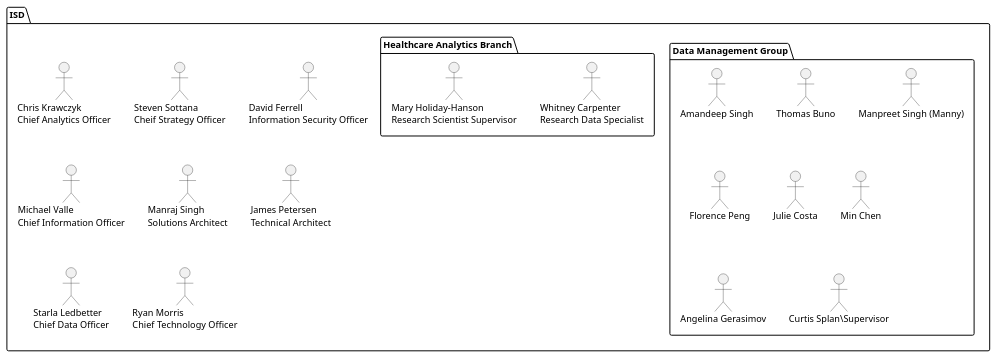
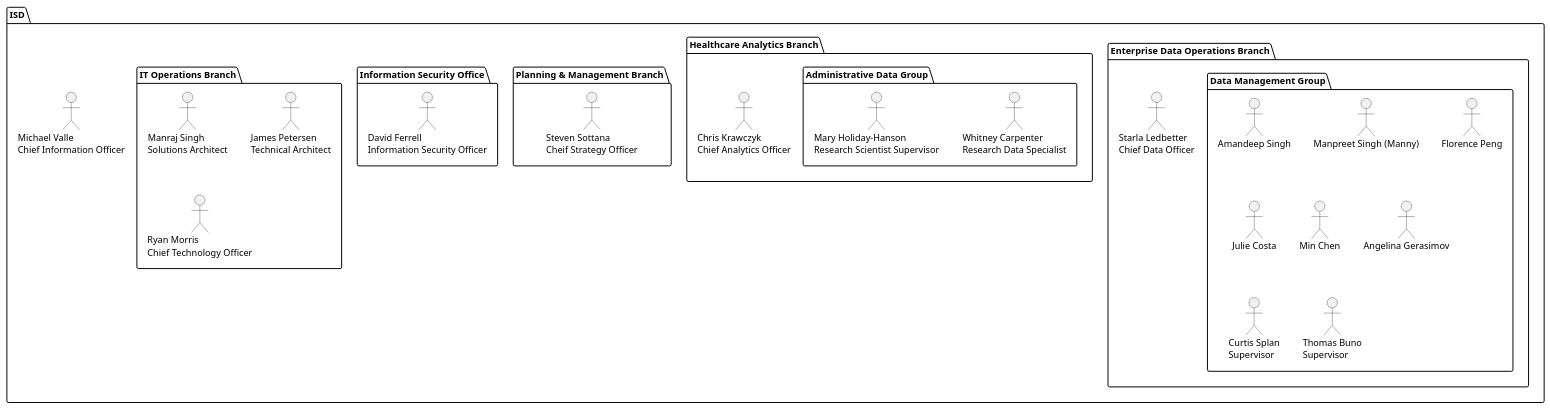
One commit to msingh-oshpd/dataops-docs changed the diagram in actors.puml. Above: the diagram before and after it, drawn with PlantUML.

```diff
--- a/actors.puml
+++ b/actors.puml
@@ -1,25 +1,38 @@
 package "ISD" as isd {
-  package "Data Management Group" as dmg {
-    actor "Amandeep Singh" as amandeeps
-    actor "Thomas Buno" as thomasb
-    actor "Manpreet Singh (Manny)" as manpreets
-    actor "Florence Peng" as florencep
-    actor "Julie Costa" as juliec
-    actor "Min Chen" as minc
-    actor "Angelina Gerasimov" as angelinag
-    actor "Curtis Splan\Supervisor" as curtiss
+  package "Enterprise Data Operations Branch" as edob {
+    package "Data Management Group" as dmg {
+        actor "Amandeep Singh" as amandeeps
+        actor "Manpreet Singh (Manny)" as manpreets
+        actor "Florence Peng" as florencep
+        actor "Julie Costa" as juliec
+        actor "Min Chen" as minc
+        actor "Angelina Gerasimov" as angelinag
+        actor "Curtis Splan\nSupervisor" as curtiss
+        actor "Thomas Buno\nSupervisor" as thomasb
+    }
+    actor "Starla Ledbetter\nChief Data Officer" as starlal
   }
   package "Healthcare Analytics Branch" as hab {
-    actor "Whitney Carpenter\nResearch Data Specialist" as whitneyc
-    actor "Mary Holiday-Hanson\nResearch Scientist Supervisor" as maryhh
+    package "Administrative Data Group" as adg {
+        actor "Whitney Carpenter\nResearch Data Specialist" as whitneyc
+        actor "Mary Holiday-Hanson\nResearch Scientist Supervisor" as maryhh
+    }
+    actor "Chris Krawczyk\nChief Analytics Officer" as chrisk
   }
 
-  actor "Chris Krawczyk\nChief Analytics Officer" as chrisk
-  actor "Steven Sottana\nCheif Strategy Officer" as stevens
-  actor "David Ferrell\nInformation Security Officer" as davidf
+  package "Planning & Management Branch" as pmb {
+    actor "Steven Sottana\nCheif Strategy Officer" as stevens
+  }
+  
+  package "Information Security Office" as iso {
+    actor "David Ferrell\nInformation Security Officer" as davidf
+  }
+  
+  package "IT Operations Branch" as itops {
+    actor "Manraj Singh\nSolutions Architect" as manrajs
+    actor "James Petersen\nTechnical Architect" as jamesp
+    actor "Ryan Morris\nChief Technology Officer" as ryanm
+  }
   actor "Michael Valle\nChief Information Officer" as michaelv
-  actor "Manraj Singh\nSolutions Architect" as manrajs
-  actor "James Petersen\nTechnical Architect" as jamesp
-  actor "Starla Ledbetter\nChief Data Officer" as starlal
-  actor "Ryan Morris\nChief Technology Officer" as ryanm
+  
 }
```
